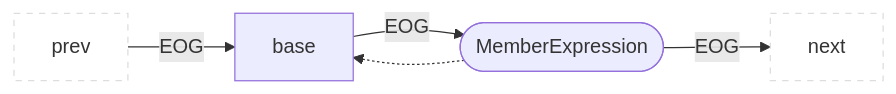
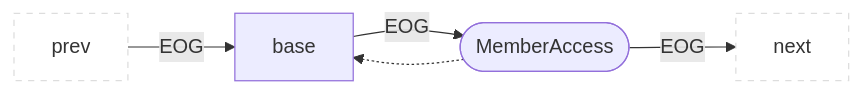
Before and after one commit to Fraunhofer-AISEC/cpg: the seventh of 49 diagrams in docs/docs/CPG/specs/eog.md, drawn with Mermaid. The commit also changed other lines of this file and 403 other files, not shown here.

````diff
--- a/docs/docs/CPG/specs/eog.md
+++ b/docs/docs/CPG/specs/eog.md
@@ -163,8 +163,8 @@
 ```mermaid
 flowchart LR
   classDef outer fill:#fff,stroke:#ddd,stroke-dasharray:5 5;
   prev:::outer --EOG--> child
-  parent(["MemberExpression"]) --EOG--> next:::outer
+  parent(["MemberAccess"]) --EOG--> next:::outer
   parent -.-> child["base"]
   child --EOG--> parent
 ```
````
